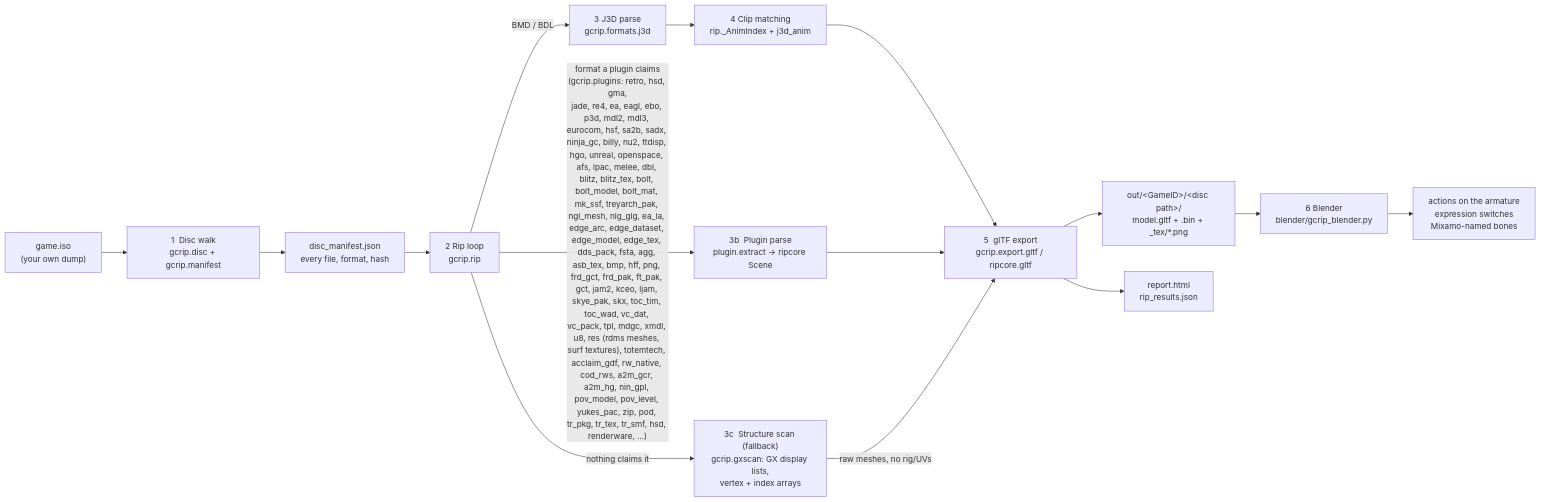
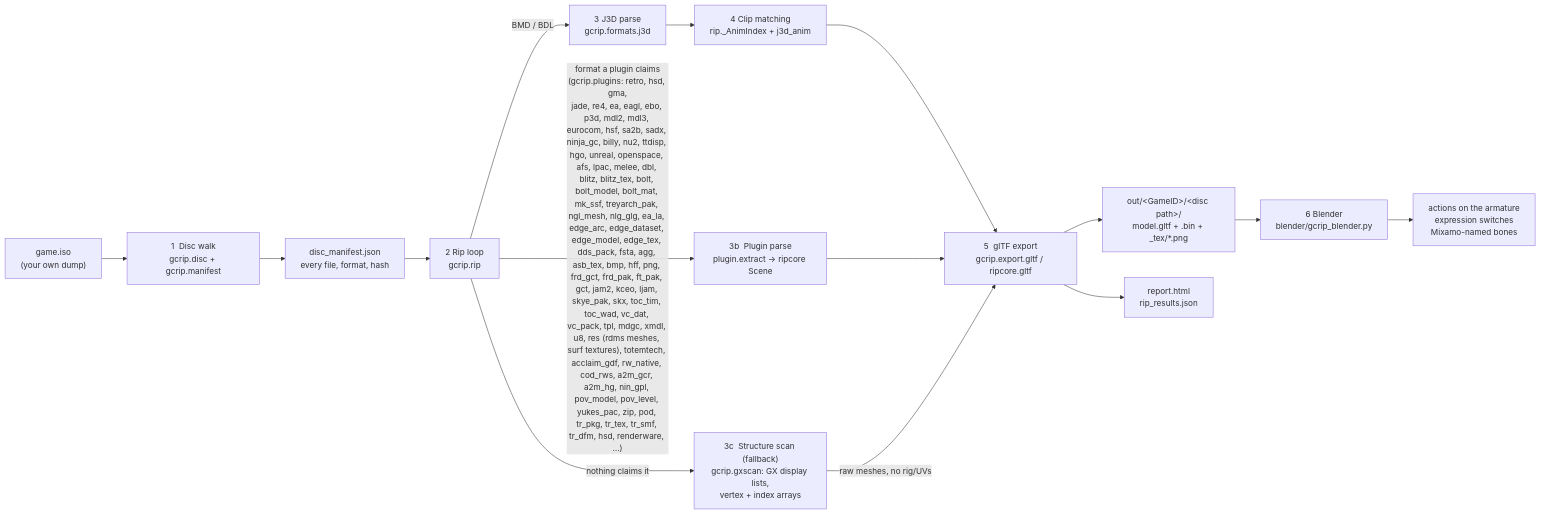
The first of 10 diagrams in docs/PIPELINE.md (Felbs/3d-ripper-9000), drawn with Mermaid before and after one commit. The commit also changed other lines of this file and 7 other files, not shown here.

````diff
--- a/docs/PIPELINE.md
+++ b/docs/PIPELINE.md
@@ -11,17 +11,17 @@
 ```mermaid
 flowchart LR
     ISO["game.iso<br/>(your own dump)"] --> WALK["1  Disc walk<br/>gcrip.disc + gcrip.manifest"]
     WALK --> MAN["disc_manifest.json<br/>every file, format, hash"]
     MAN --> RIP["2  Rip loop<br/>gcrip.rip"]
     RIP -->|"BMD / BDL"| J3D["3  J3D parse<br/>gcrip.formats.j3d"]
-    RIP -->|"format a plugin claims<br/>(gcrip.plugins: retro, hsd, gma,<br/>jade, re4, ea, eagl, ebo, p3d, mdl2, mdl3, eurocom, hsf, sa2b, sadx, ninja_gc, billy, nu2, ttdisp, hgo, unreal, openspace, afs, lpac, melee, dbl, blitz, blitz_tex, bolt, bolt_model, bolt_mat, mk_ssf, treyarch_pak, ngl_mesh, nlg_glg, ea_la, edge_arc, edge_dataset, edge_model, edge_tex, dds_pack, fsta, agg, asb_tex, bmp, hff, png, frd_gct, frd_pak, ft_pak, gct, jam2, kceo, ljam, skye_pak, skx, toc_tim, toc_wad, vc_dat, vc_pack, tpl, mdgc, xmdl, u8, res (rdms meshes, surf textures), totemtech, acclaim_gdf, rw_native, cod_rws, a2m_gcr, a2m_hg, nin_gpl, pov_model, pov_level, yukes_pac, zip, pod, tr_pkg, tr_tex, tr_smf, hsd, renderware, …)"| PLUG["3b  Plugin parse<br/>plugin.extract → ripcore Scene"]
+    RIP -->|"format a plugin claims<br/>(gcrip.plugins: retro, hsd, gma,<br/>jade, re4, ea, eagl, ebo, p3d, mdl2, mdl3, eurocom, hsf, sa2b, sadx, ninja_gc, billy, nu2, ttdisp, hgo, unreal, openspace, afs, lpac, melee, dbl, blitz, blitz_tex, bolt, bolt_model, bolt_mat, mk_ssf, treyarch_pak, ngl_mesh, nlg_glg, ea_la, edge_arc, edge_dataset, edge_model, edge_tex, dds_pack, fsta, agg, asb_tex, bmp, hff, png, frd_gct, frd_pak, ft_pak, gct, jam2, kceo, ljam, skye_pak, skx, toc_tim, toc_wad, vc_dat, vc_pack, tpl, mdgc, xmdl, u8, res (rdms meshes, surf textures), totemtech, acclaim_gdf, rw_native, cod_rws, a2m_gcr, a2m_hg, nin_gpl, pov_model, pov_level, yukes_pac, zip, pod, tr_pkg, tr_tex, tr_smf, tr_dfm, hsd, renderware, …)"| PLUG["3b  Plugin parse<br/>plugin.extract → ripcore Scene"]
     RIP -->|"nothing claims it"| GX["3c  Structure scan (fallback)<br/>gcrip.gxscan: GX display lists,<br/>vertex + index arrays"]
     J3D --> ANIM["4  Clip matching<br/>rip._AnimIndex + j3d_anim"]
     ANIM --> GLTF["5  glTF export<br/>gcrip.export.gltf / ripcore.gltf"]
     PLUG --> GLTF
     GX -->|"raw meshes, no rig/UVs"| GLTF
     GLTF --> OUT["out/&lt;GameID&gt;/&lt;disc path&gt;/<br/>model.gltf + .bin + _tex/*.png"]
     GLTF --> REP["report.html<br/>rip_results.json"]
     OUT --> BL["6  Blender<br/>blender/gcrip_blender.py"]
     BL --> PLAY["actions on the armature<br/>expression switches<br/>Mixamo-named bones"]
 ```
````
